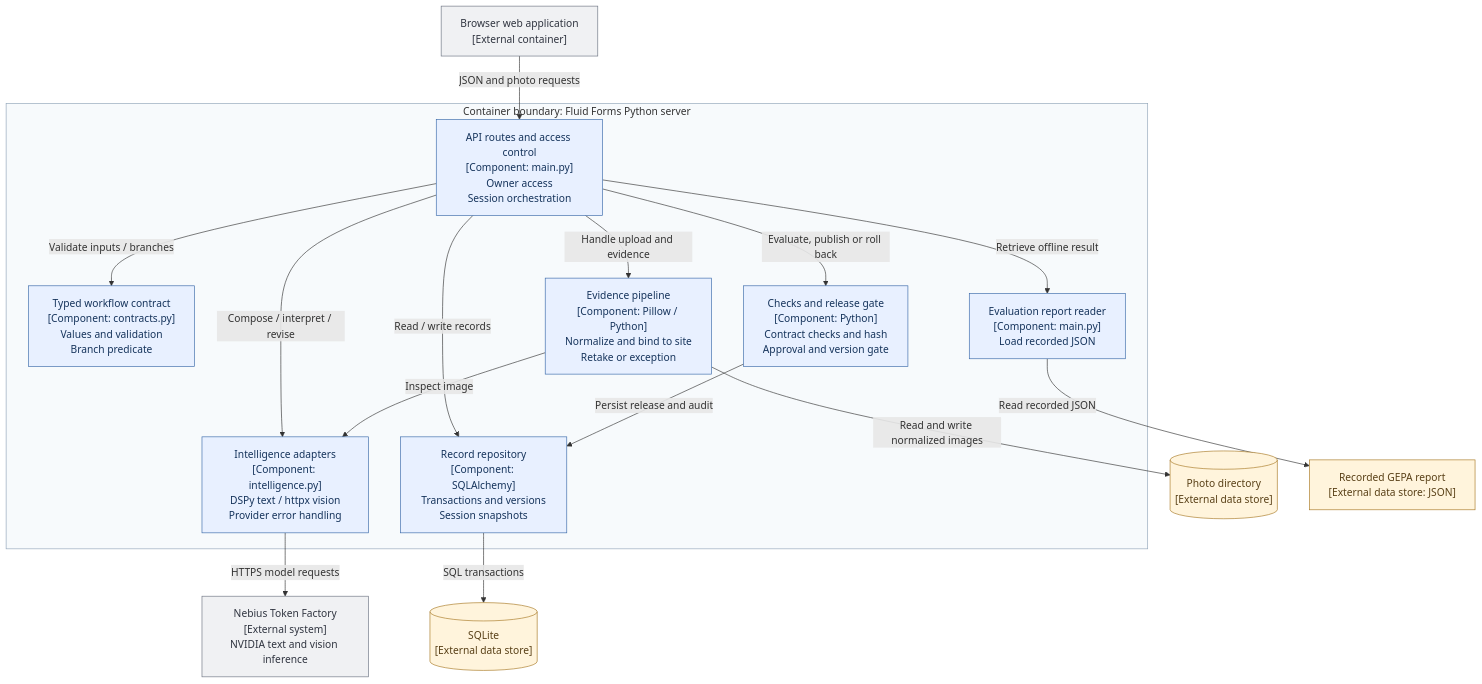
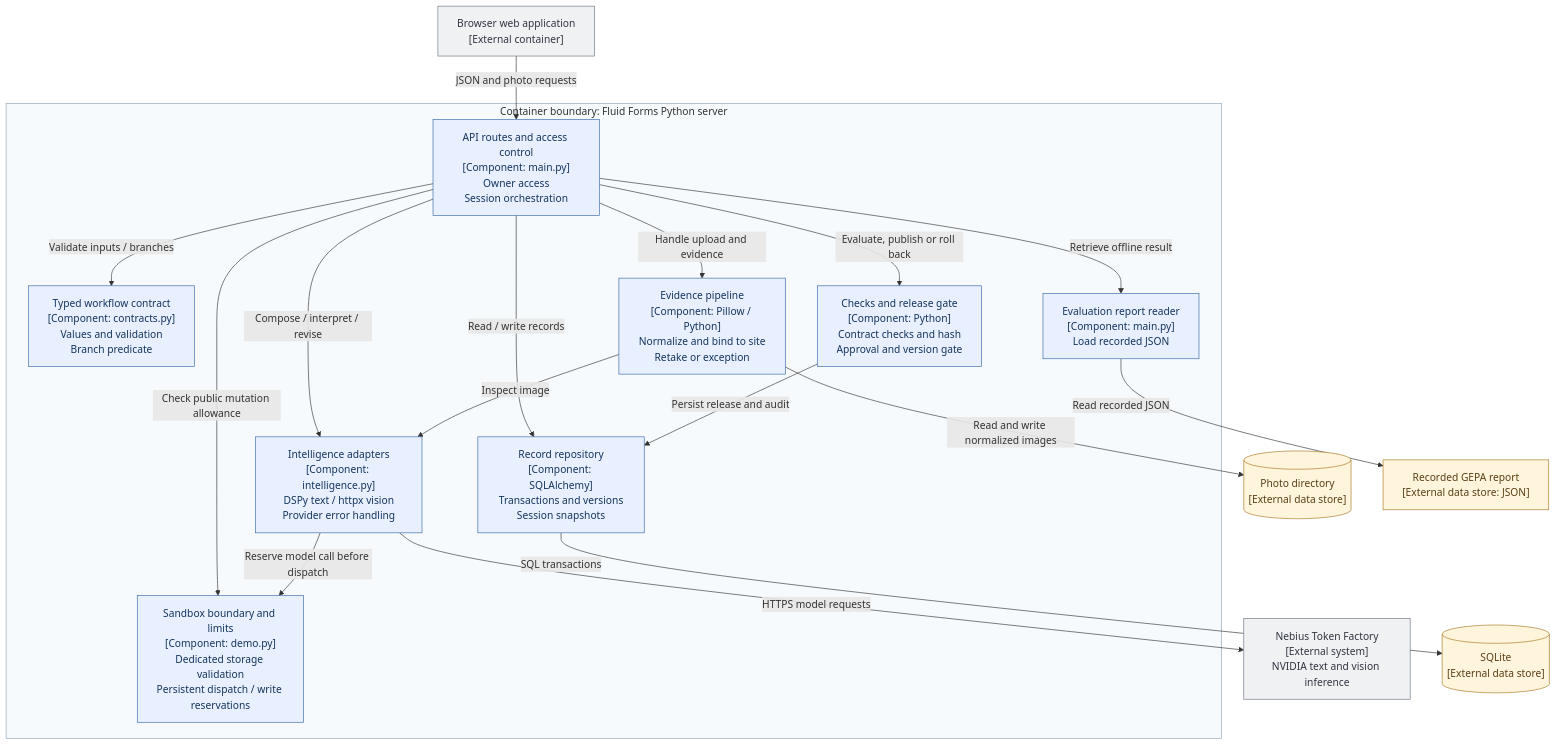
The third of 3 diagrams in docs/ARCHITECTURE.md (vaibhavp4/fluid-forms), drawn with Mermaid before and after one commit. The commit also changed other lines of this file, not shown here.

Commit message:
Document public sandbox and private workspace boundaries

````diff
--- a/docs/ARCHITECTURE.md
+++ b/docs/ARCHITECTURE.md
@@ -89,41 +92,44 @@
 ```mermaid
 flowchart TB
     ui["Browser web application<br/>[External container]"]
 
     subgraph server["Container boundary: Fluid Forms Python server"]
         routes["API routes and access control<br/>[Component: main.py]<br/>Owner access<br/>Session orchestration"]
         contracts["Typed workflow contract<br/>[Component: contracts.py]<br/>Values and validation<br/>Branch predicate"]
         inference["Intelligence adapters<br/>[Component: intelligence.py]<br/>DSPy text / httpx vision<br/>Provider error handling"]
         release["Checks and release gate<br/>[Component: Python]<br/>Contract checks and hash<br/>Approval and version gate"]
         evidence["Evidence pipeline<br/>[Component: Pillow / Python]<br/>Normalize and bind to site<br/>Retake or exception"]
         repository["Record repository<br/>[Component: SQLAlchemy]<br/>Transactions and versions<br/>Session snapshots"]
         reporting["Evaluation report reader<br/>[Component: main.py]<br/>Load recorded JSON"]
+        demo["Sandbox boundary and limits<br/>[Component: demo.py]<br/>Dedicated storage validation<br/>Persistent dispatch / write reservations"]
     end
 
     models["Nebius Token Factory<br/>[External system]<br/>NVIDIA text and vision inference"]
     database[("SQLite<br/>[External data store]")]
     photos[("Photo directory<br/>[External data store]")]
     artifacts["Recorded GEPA report<br/>[External data store: JSON]"]
 
     ui -->|"JSON and photo requests"| routes
     routes -->|"Validate inputs / branches"| contracts
     routes -->|"Compose / interpret / revise"| inference
     routes -->|"Evaluate, publish or roll back"| release
     routes -->|"Handle upload and evidence"| evidence
     routes -->|"Read / write records"| repository
     routes -->|"Retrieve offline result"| reporting
+    routes -->|"Check public mutation allowance"| demo
+    inference -->|"Reserve model call before dispatch"| demo
     release -->|"Persist release and audit"| repository
     evidence -->|"Inspect image"| inference
     evidence -->|"Read and write normalized images"| photos
     inference -->|"HTTPS model requests"| models
     repository -->|"SQL transactions"| database
     reporting -->|"Read recorded JSON"| artifacts
 
     classDef app fill:#e8f0ff,stroke:#3868a8,color:#16345c
     classDef external fill:#f0f1f3,stroke:#6b7280,color:#303540
     classDef data fill:#fff4dc,stroke:#a87824,color:#594017
-    class routes,contracts,inference,release,evidence,repository,reporting app
+    class routes,contracts,inference,release,evidence,repository,reporting,demo app
     class ui,models external
     class database,photos,artifacts data
     style server fill:#f7fafc,stroke:#90a4b8
 ```
````
